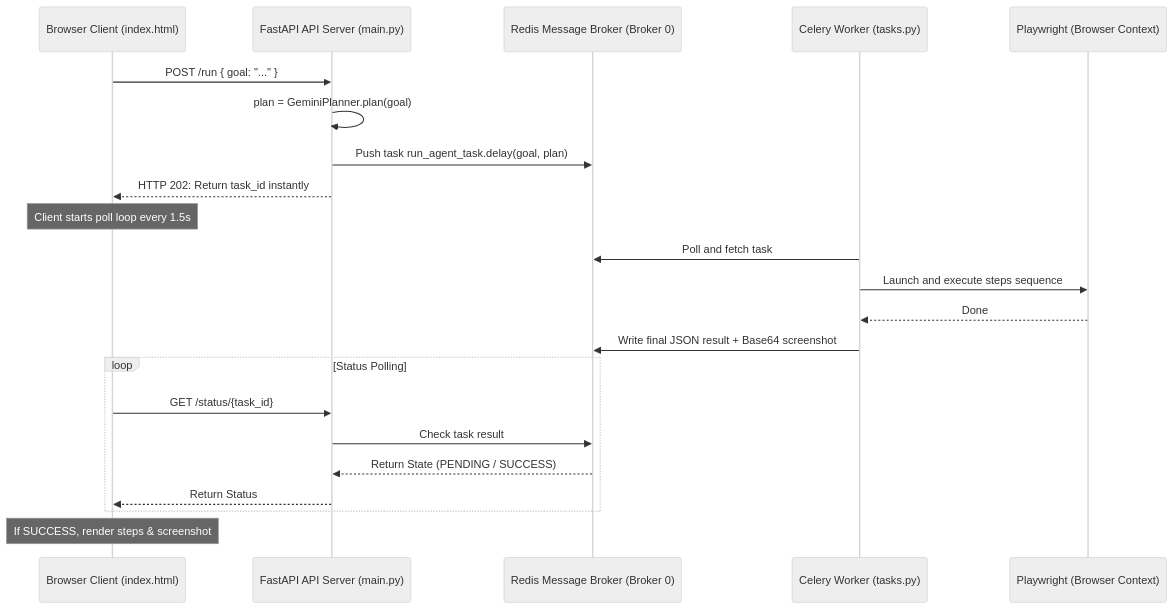
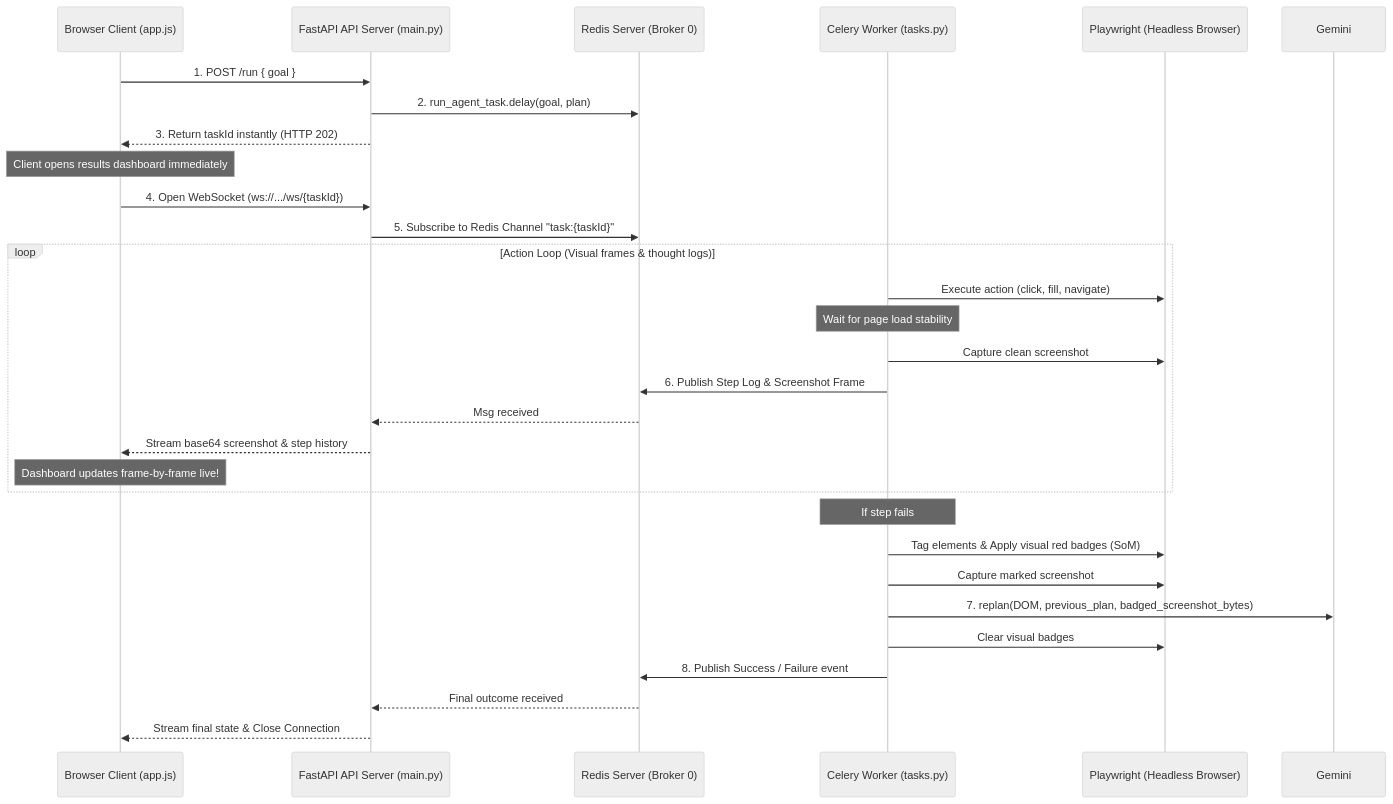
The diagram in README.md (HetharthSachdeva/Surfer), drawn with Mermaid (neutral theme) before and after one commit. The commit also changed other lines of this file and 3 other files, not shown here.

````diff
--- a/README.md
+++ b/README.md
@@ -28,27 +28,36 @@
 ```mermaid
 sequenceDiagram
-    participant Browser as Browser Client (index.html)
+    participant Browser as Browser Client (app.js)
     participant FastAPI as FastAPI API Server (main.py)
-    participant Redis as Redis Message Broker (Broker 0)
+    participant Redis as Redis Server (Broker 0)
     participant Worker as Celery Worker (tasks.py)
-    participant BrowserCtx as Playwright (Browser Context)
+    participant BrowserCtx as Playwright (Headless Browser)
 
-    Browser->>FastAPI: POST /run { goal: "..." }
-    FastAPI->>FastAPI: plan = GeminiPlanner.plan(goal)
-    FastAPI->>Redis: Push task run_agent_task.delay(goal, plan)
-    FastAPI-->>Browser: HTTP 202: Return task_id instantly
-    Note over Browser: Client starts poll loop every 1.5s
+    Browser->>FastAPI: 1. POST /run { goal }
+    FastAPI->>Redis: 2. run_agent_task.delay(goal, plan)
+    FastAPI-->>Browser: 3. Return taskId instantly (HTTP 202)
+    Note over Browser: Client opens results dashboard immediately
     
-    Worker->>Redis: Poll and fetch task
-    Worker->>BrowserCtx: Launch and execute steps sequence
-    BrowserCtx-->>Worker: Done
-    Worker->>Redis: Write final JSON result + Base64 screenshot
+    Browser->>FastAPI: 4. Open WebSocket (ws://.../ws/{taskId})
+    FastAPI->>Redis: 5. Subscribe to Redis Channel "task:{taskId}"
     
-    loop Status Polling
-        Browser->>FastAPI: GET /status/{task_id}
-        FastAPI->>Redis: Check task result
-        Redis-->>FastAPI: Return State (PENDING / SUCCESS)
-        FastAPI-->>Browser: Return Status
+    loop Action Loop (Visual frames & thought logs)
+        Worker->>BrowserCtx: Execute action (click, fill, navigate)
+        Note over Worker: Wait for page load stability
+        Worker->>BrowserCtx: Capture clean screenshot
+        Worker->>Redis: 6. Publish Step Log & Screenshot Frame
+        Redis-->>FastAPI: Msg received
+        FastAPI-->>Browser: Stream base64 screenshot & step history
+        Note over Browser: Dashboard updates frame-by-frame live!
     end
-    Note over Browser: If SUCCESS, render steps & screenshot
+
+    Note over Worker: If step fails
+    Worker->>BrowserCtx: Tag elements & Apply visual red badges (SoM)
+    Worker->>BrowserCtx: Capture marked screenshot
+    Worker->>Gemini: 7. replan(DOM, previous_plan, badged_screenshot_bytes)
+    Worker->>BrowserCtx: Clear visual badges
+    
+    Worker->>Redis: 8. Publish Success / Failure event
+    Redis-->>FastAPI: Final outcome received
+    FastAPI-->>Browser: Stream final state & Close Connection
 ```
````
